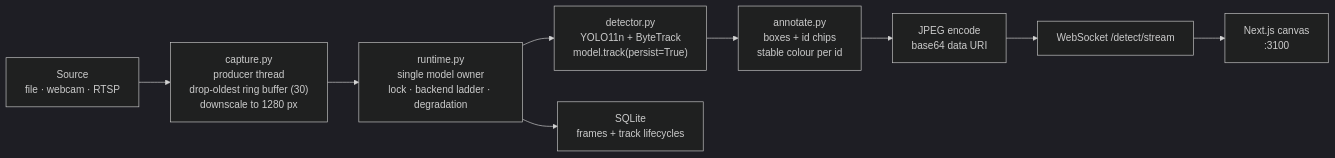
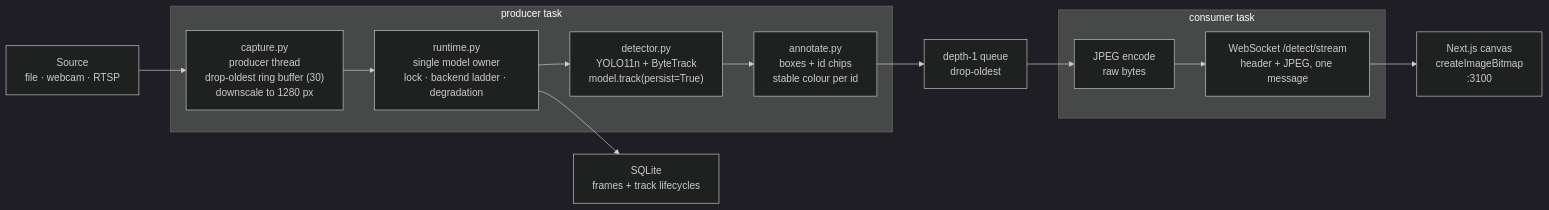
The diagram in docs/ARCHITECTURE.md (pdz1804/streamsight), drawn with Mermaid (dark theme) before and after one commit. The commit also changed other lines of this file and 27 other files, not shown here.

````diff
--- a/docs/ARCHITECTURE.md
+++ b/docs/ARCHITECTURE.md
@@ -5,15 +5,27 @@
 ```mermaid
 flowchart LR
   SRC["Source<br/>file · webcam · RTSP"]
   CAP["capture.py<br/>producer thread<br/>drop-oldest ring buffer (30)<br/>downscale to 1280 px"]
   RT["runtime.py<br/>single model owner<br/>lock · backend ladder · degradation"]
   DET["detector.py<br/>YOLO11n + ByteTrack<br/>model.track(persist=True)"]
   ANN["annotate.py<br/>boxes + id chips<br/>stable colour per id"]
-  ENC["JPEG encode<br/>base64 data URI"]
-  WS["WebSocket /detect/stream"]
-  UI["Next.js canvas<br/>:3100"]
+  Q["depth-1 queue<br/>drop-oldest"]
+  ENC["JPEG encode<br/>raw bytes"]
+  WS["WebSocket /detect/stream<br/>header + JPEG, one message"]
+  UI["Next.js canvas<br/>createImageBitmap<br/>:3100"]
   DB["SQLite<br/>frames + track lifecycles"]
 
-  SRC --> CAP --> RT --> DET --> ANN --> ENC --> WS --> UI
+  SRC --> CAP --> RT --> DET --> ANN --> Q --> ENC --> WS --> UI
   RT --> DB
+
+  subgraph produce ["producer task"]
+    CAP
+    RT
+    DET
+    ANN
+  end
+  subgraph consume ["consumer task"]
+    ENC
+    WS
+  end
 ```
````
